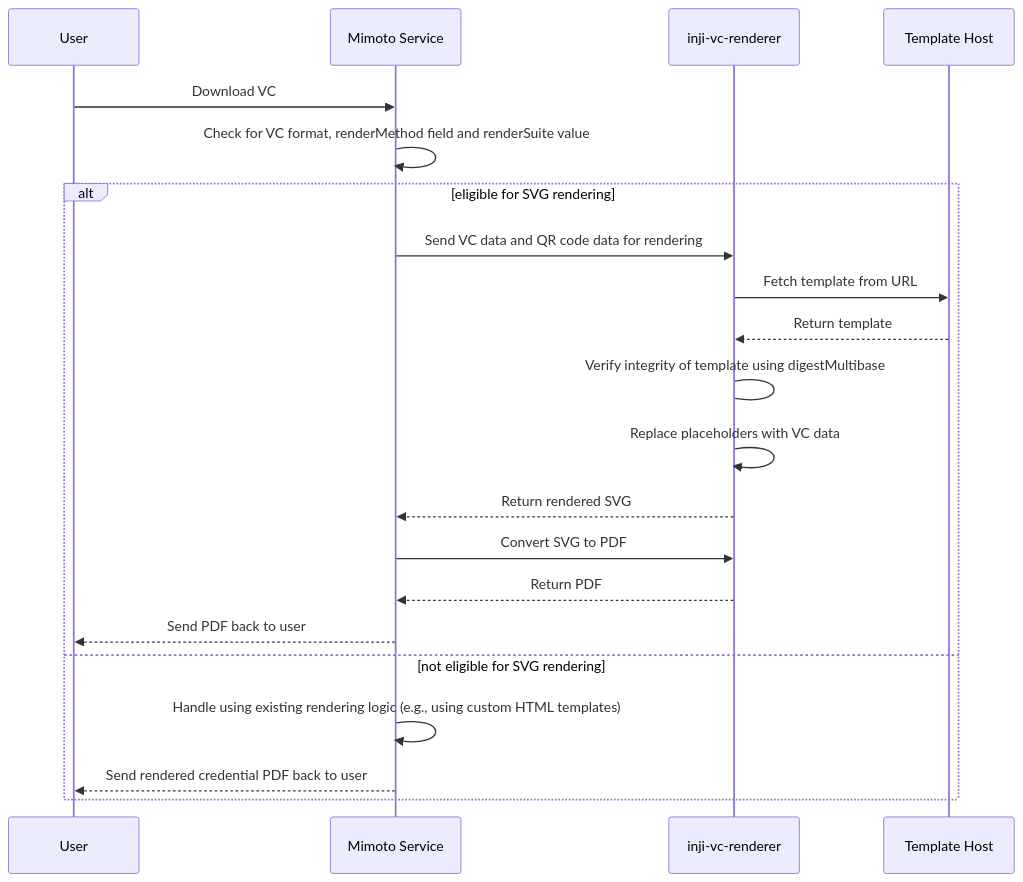
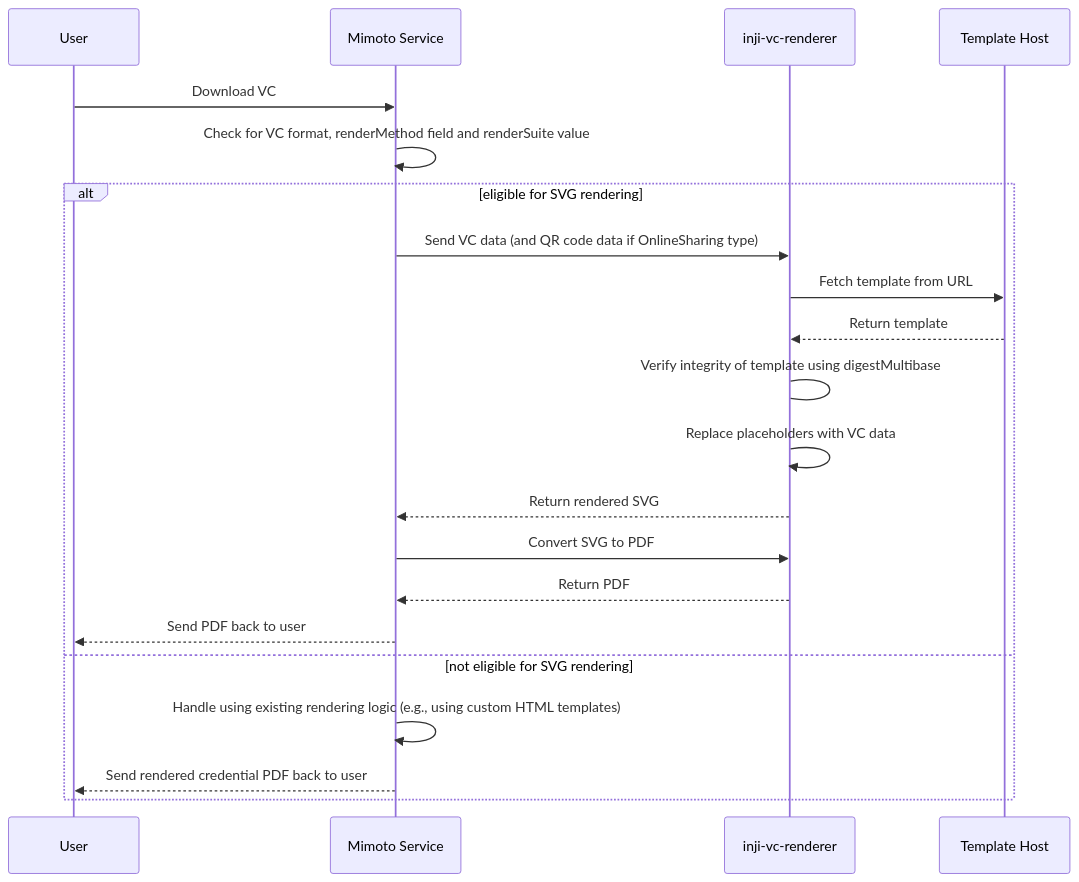
One commit to inji/mimoto changed the diagram in docs/SVGRenderingIntegrationGuide.md. Above: the diagram before and after it, drawn with Mermaid. The commit also changed other lines of this file and 1 other file, not shown here.

````diff
--- a/docs/SVGRenderingIntegrationGuide.md
+++ b/docs/SVGRenderingIntegrationGuide.md
@@ -29,24 +29,24 @@
     ```mermaid
     sequenceDiagram
         participant User
         participant Mimoto Service
         participant inji-vc-renderer 
         participant Template Host
         
         User->>Mimoto Service: Download VC
         Mimoto Service->>Mimoto Service: Check for VC format, renderMethod field and renderSuite value
         alt eligible for SVG rendering
-            Mimoto Service->>inji-vc-renderer: Send VC data and QR code data for rendering
+            Mimoto Service->>inji-vc-renderer: Send VC data (and QR code data if OnlineSharing type)
             inji-vc-renderer->>Template Host: Fetch template from URL
             Template Host-->>inji-vc-renderer: Return template
             inji-vc-renderer->inji-vc-renderer: Verify integrity of template using digestMultibase
             inji-vc-renderer->>inji-vc-renderer: Replace placeholders with VC data
             inji-vc-renderer-->>Mimoto Service: Return rendered SVG
             Mimoto Service->>inji-vc-renderer: Convert SVG to PDF
             inji-vc-renderer-->>Mimoto Service: Return PDF
             Mimoto Service-->>User: Send PDF back to user
         else not eligible for SVG rendering
             Mimoto Service->>Mimoto Service: Handle using existing rendering logic (e.g., using custom HTML templates)
             Mimoto Service-->>User: Send rendered credential PDF back to user
         end
     ```
````
